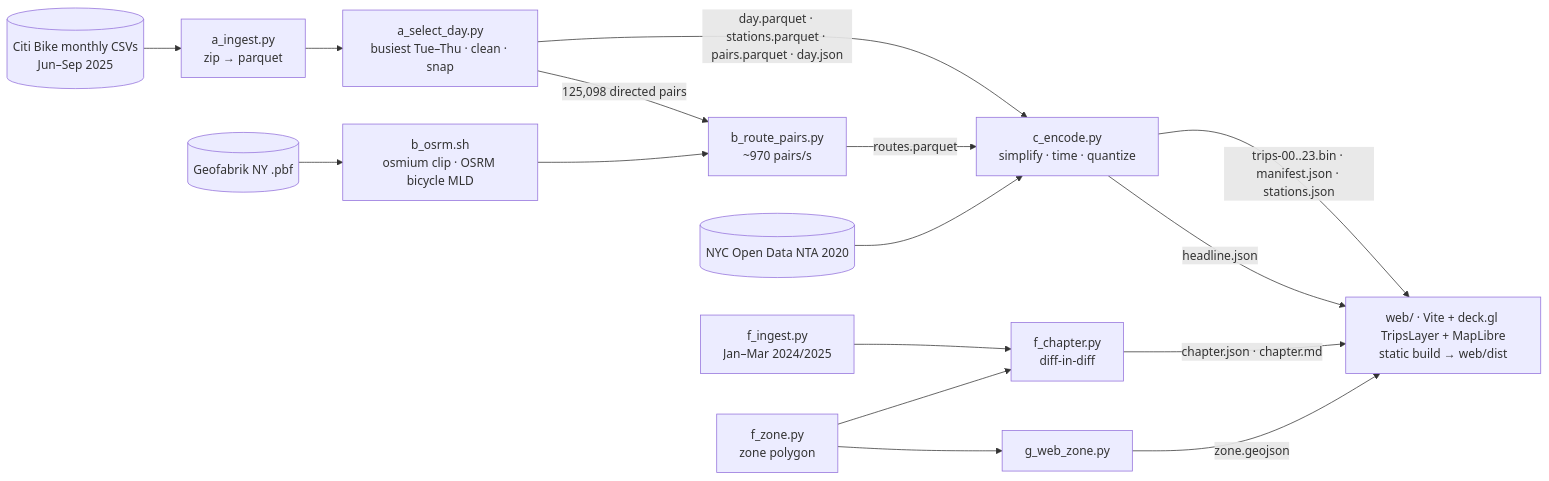
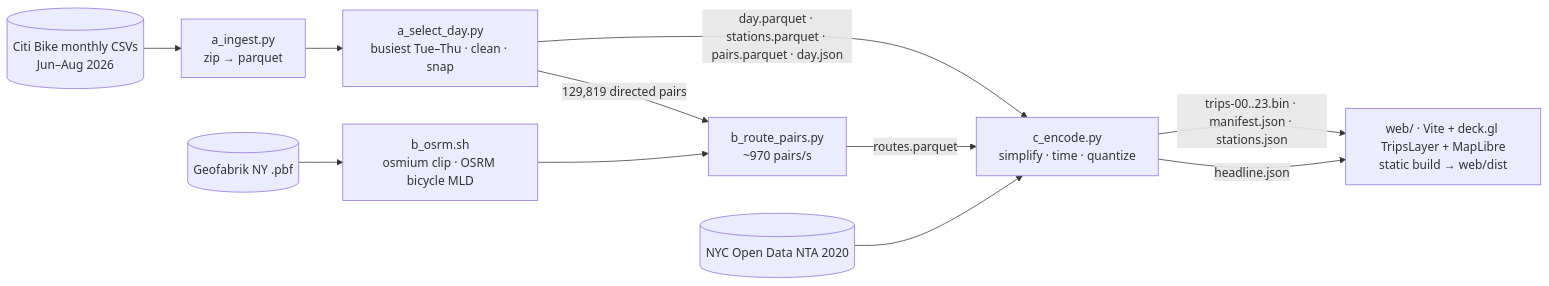
One commit to donnmaldonado/circulation changed the diagram in README.md. Above: the diagram before and after it, drawn with Mermaid. The commit also changed other lines of this file and 58 other files, not shown here.

````diff
--- a/README.md
+++ b/README.md
@@ -19,18 +19,14 @@
 ```mermaid
 flowchart LR
-  S3[(Citi Bike monthly CSVs<br/>Jun–Sep 2025)] --> A1[a_ingest.py<br/>zip → parquet]
+  S3[(Citi Bike monthly CSVs<br/>Jun–Aug 2026)] --> A1[a_ingest.py<br/>zip → parquet]
   A1 --> A2[a_select_day.py<br/>busiest Tue–Thu · clean · snap]
   A2 -->|day.parquet · stations.parquet · pairs.parquet · day.json| C
   OSM[(Geofabrik NY .pbf)] --> B0[b_osrm.sh<br/>osmium clip · OSRM bicycle MLD]
-  A2 -->|125,098 directed pairs| B1[b_route_pairs.py<br/>~970 pairs/s]
+  A2 -->|129,819 directed pairs| B1[b_route_pairs.py<br/>~970 pairs/s]
   B0 --> B1
   B1 -->|routes.parquet| C[c_encode.py<br/>simplify · time · quantize]
   NTA[(NYC Open Data NTA 2020)] --> C
   C -->|trips-00..23.bin · manifest.json · stations.json| WEB
   C -->|headline.json| WEB
-  F0[f_ingest.py<br/>Jan–Mar 2024/2025] --> F2[f_chapter.py<br/>diff-in-diff]
-  F1[f_zone.py<br/>zone polygon] --> F2
-  F2 -->|chapter.json · chapter.md| WEB
-  F1 --> G[g_web_zone.py] -->|zone.geojson| WEB
   WEB[web/ · Vite + deck.gl TripsLayer + MapLibre<br/>static build → web/dist]
 ```
````
